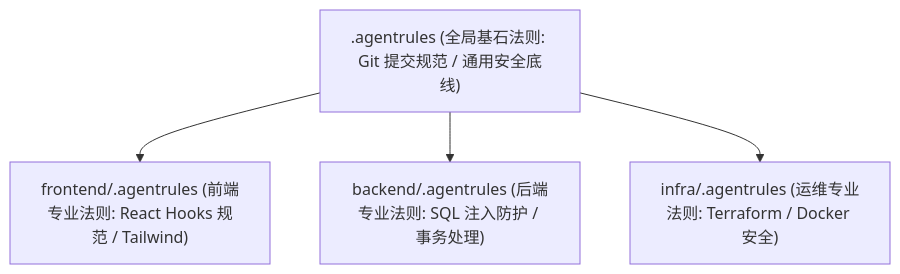
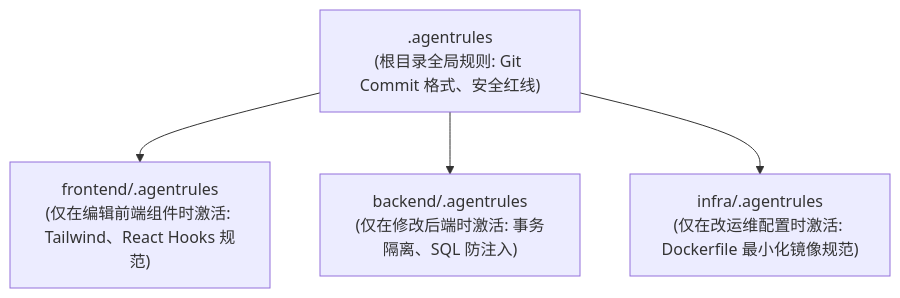
The third of 3 diagrams in app/ch09-evolution/02-evolving-rules-and-skills/page.mdx (ljh12138164/ai-agent-study), drawn with Mermaid before and after one commit. The commit also changed other lines of this file and 43 other files, not shown here.

````diff
--- a/app/ch09-evolution/02-evolving-rules-and-skills/page.mdx
+++ b/app/ch09-evolution/02-evolving-rules-and-skills/page.mdx
@@ -64,8 +65,8 @@
 ```mermaid
-graph TD
-    Root[".agentrules (全局基石法则: Git 提交规范 / 通用安全底线)"]
+flowchart TD
+    Root[".agentrules<br/>(根目录全局规则: Git Commit 格式、安全红线)"]
     
-    Root --> Frontend["frontend/.agentrules (前端专业法则: React Hooks 规范 / Tailwind)"]
-    Root --> Backend["backend/.agentrules (后端专业法则: SQL 注入防护 / 事务处理)"]
-    Root --> Infra["infra/.agentrules (运维专业法则: Terraform / Docker 安全)"]
+    Root --> Frontend["frontend/.agentrules<br/>(仅在编辑前端组件时激活: Tailwind、React Hooks 规范)"]
+    Root --> Backend["backend/.agentrules<br/>(仅在修改后端时激活: 事务隔离、SQL 防注入)"]
+    Root --> Infra["infra/.agentrules<br/>(仅在改运维配置时激活: Dockerfile 最小化镜像规范)"]
 ```
````
